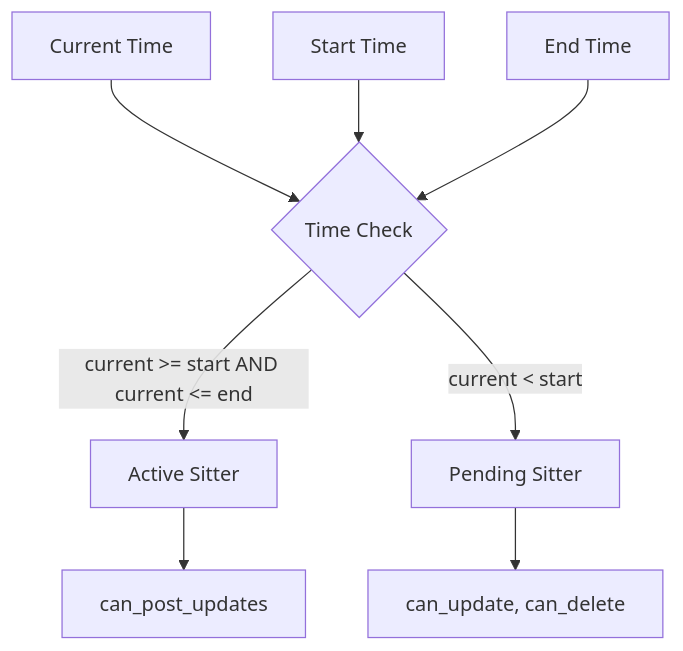
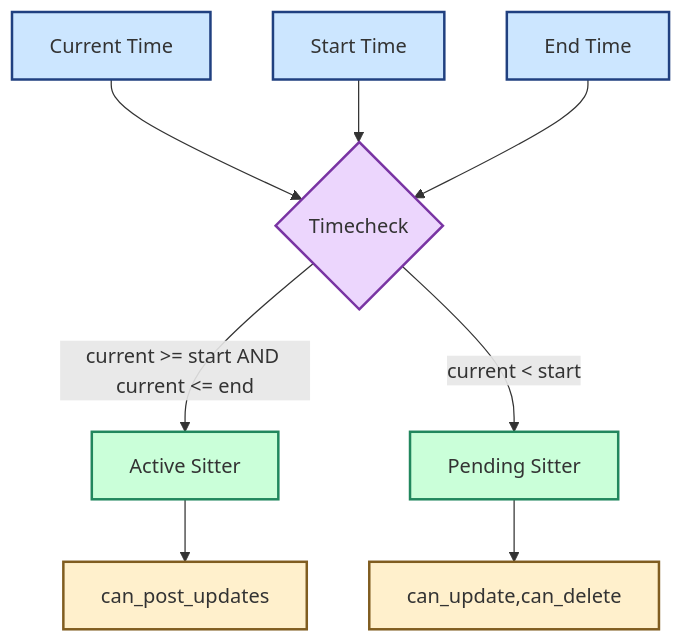
The third of 7 diagrams in docs/articles/how-to-protect-your-api-with-openfga/openfga-authorization-diagram.md (getlarge/purrfect-sitter), drawn with Mermaid before and after one commit. The commit also changed other lines of this file and 1 other file, not shown here.

Commit message:
docs: enhance OpenFGA authorization diagrams with improved clarity and class definitions

````diff
--- a/docs/articles/how-to-protect-your-api-with-openfga/openfga-authorization-diagram.md
+++ b/docs/articles/how-to-protect-your-api-with-openfga/openfga-authorization-diagram.md
@@ -98,15 +98,31 @@
 ```mermaid
 ---
 config:
   layout: dagre
   theme: mc
 ---
 flowchart TD
-    CurrentTime["Current Time"] --> TimeCheck{"Time Check"}
-    StartTime["Start Time"] --> TimeCheck
-    EndTime["End Time"] --> TimeCheck
-    TimeCheck -- "current &gt;= start AND current &lt;= end" --> ActiveSitter["Active Sitter"]
-    TimeCheck -- current &lt; start --> PendingSitter["Pending Sitter"]
-    ActiveSitter --> CanPostUpdates["can_post_updates"]
-    PendingSitter --> CanUpdateDelete["can_update, can_delete"]
+    CurrentTime["Current Time"]:::time
+    StartTime["Start Time"]:::time
+    EndTime["End Time"]:::time
+    TimeCheck{"Timecheck"}:::decision
+    ActiveSitter["Active Sitter"]:::state
+    PendingSitter["Pending Sitter"]:::state
+    CanPostUpdates["can_post_updates"]:::perm
+    CanUpdateDelete["can_update,can_delete"]:::perm
+
+    CurrentTime --> TimeCheck
+    StartTime --> TimeCheck
+    EndTime --> TimeCheck
+    TimeCheck -- "current &gt;= start AND current &lt;= end" --> ActiveSitter
+    TimeCheck -- current &lt; start --> PendingSitter
+    ActiveSitter --> CanPostUpdates
+    PendingSitter --> CanUpdateDelete
+
+    %% Class Definitions
+    classDef time fill:#cce6ff,stroke:#204080,stroke-width:2px,color:#204080;       %% light blue
+    classDef decision fill:#ecd6fd,stroke:#7934a3,stroke-width:2px,color:#7934a3;   %% light purple
+    classDef state fill:#caffd9,stroke:#21875d,stroke-width:2px,color:#21875d;      %% mint green
+    classDef perm fill:#fff0cc,stroke:#805d20,stroke-width:2px,color:#805d20;       %% light orange
+
 ```
````
